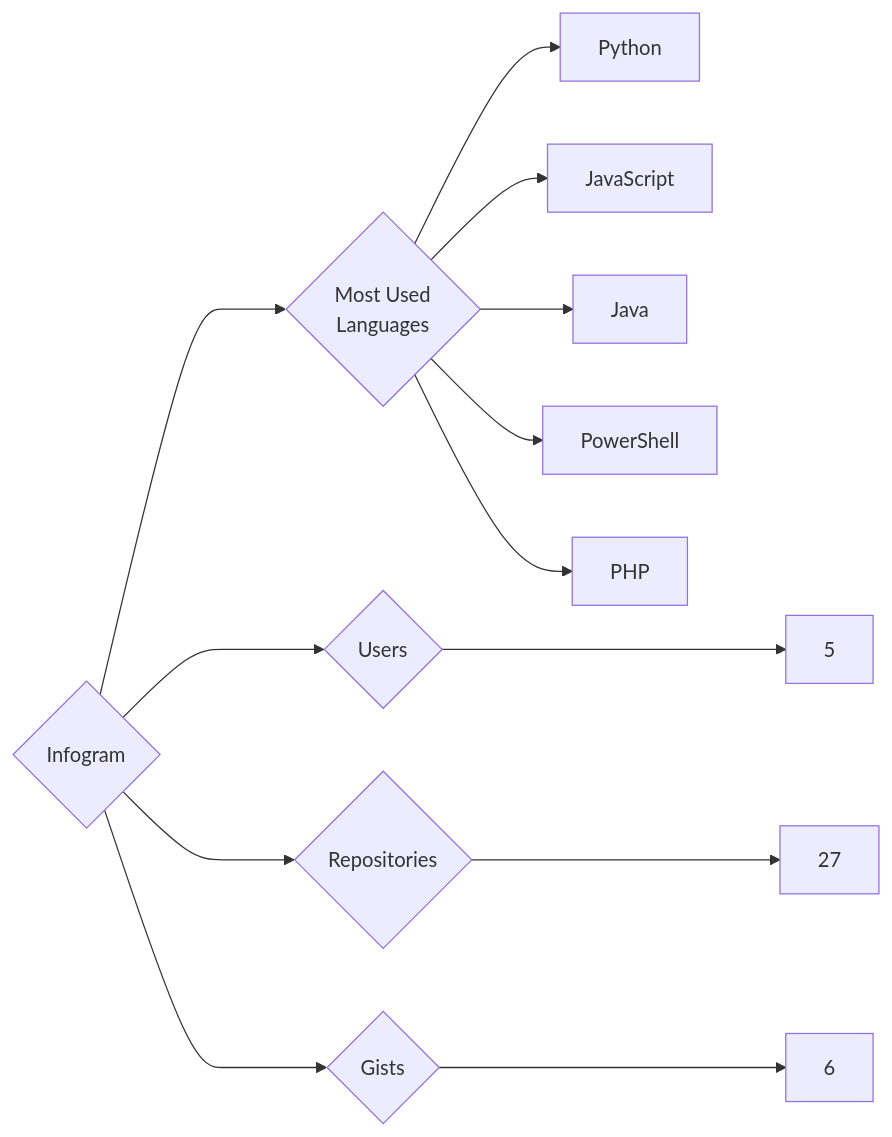
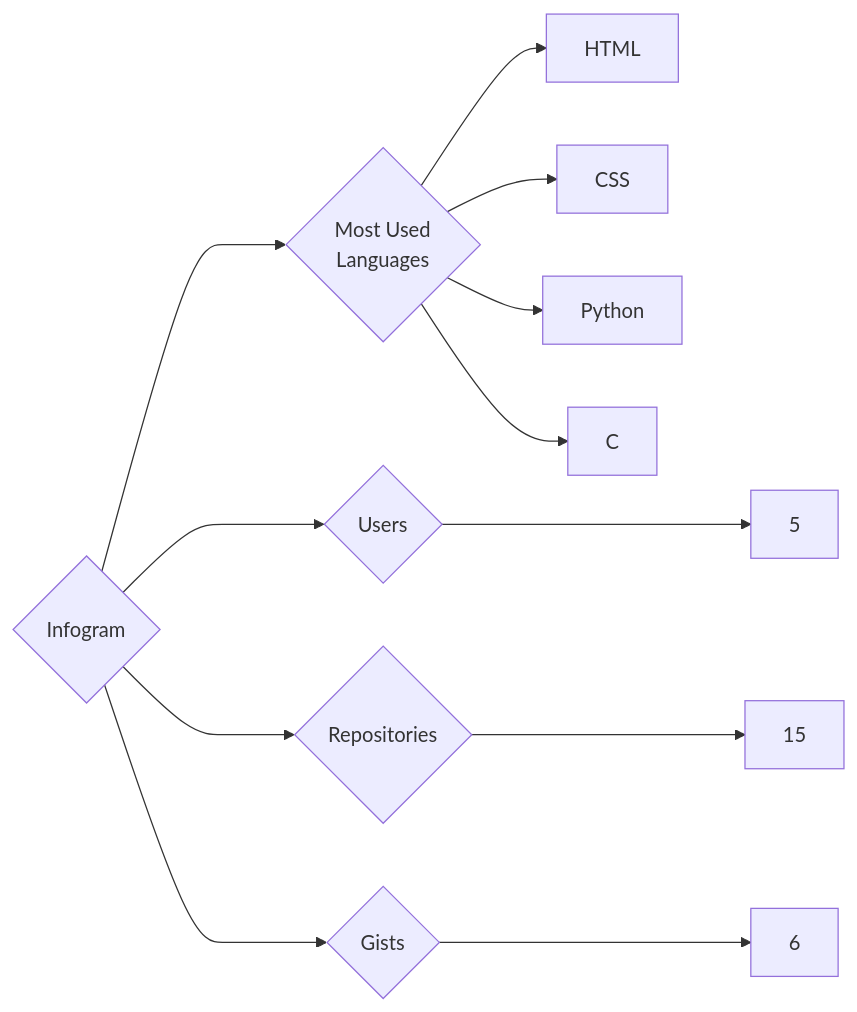
The diagram in targets/Infogram/README.md (trickest/insiders), drawn with Mermaid before and after one commit. The commit also changed 1092 other files, not shown here.

````diff
--- a/targets/Infogram/README.md
+++ b/targets/Infogram/README.md
@@ -3,13 +3,12 @@
 ```mermaid
 graph LR
 COMPANY_NAME{Infogram}
 COMPANY_NAME ---> U{Users} ---> UN[5]
-COMPANY_NAME ---> R{Repositories} ---> RN[27]
+COMPANY_NAME ---> R{Repositories} ---> RN[15]
 COMPANY_NAME ---> G{Gists} ---> GN[6]
 COMPANY_NAME ---> ML{Most Used<br>Languages}
+ML --> HTML[HTML]
+ML --> CSS[CSS]
 ML --> Python[Python]
-ML --> JavaScript[JavaScript]
-ML --> Java[Java]
-ML --> PowerShell[PowerShell]
-ML --> PHP[PHP]
+ML --> C[C]
 ```
````
